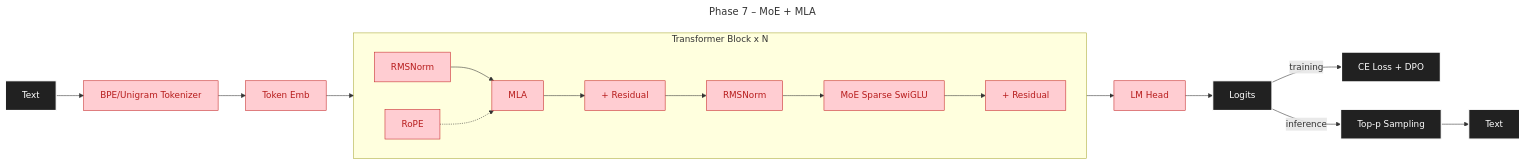
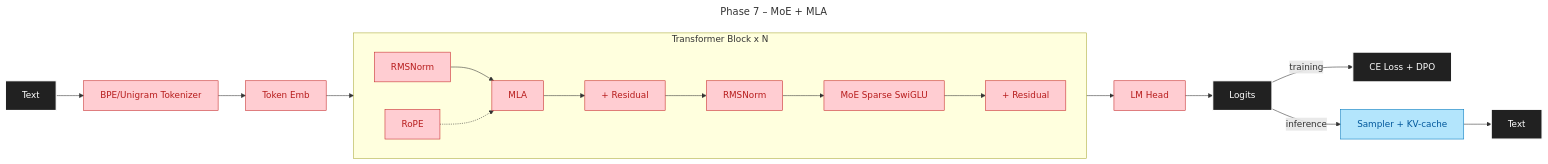
Before and after one commit to maxjbarfuss/max_llm: the fifth of 7 diagrams in docs/DESIGN.md, drawn with Mermaid. The commit also changed other lines of this file and 11 other files, not shown here.

Commit message:
Refactor inference utilities and sampling

````diff
--- a/docs/DESIGN.md
+++ b/docs/DESIGN.md
@@ -89,17 +91,18 @@
 ```mermaid
 ---
 title: Phase 7 – MoE + MLA
 ---
 graph LR
     A[Text]:::io --> B[BPE/Unigram Tokenizer]:::p7 --> C[Token Emb]:::p7 --> Block
     subgraph Block[Transformer Block x N]
         direction LR
         D[RMSNorm]:::p7 --> E[MLA]:::p7 --> F[+ Residual]:::p7 --> G[RMSNorm]:::p7 --> H[MoE Sparse SwiGLU]:::p7 --> I[+ Residual]:::p7
         RoPE:::p7 -.-> E
     end
     Block --> J[LM Head]:::p7 --> K[Logits]:::io
     K -->|training| L[CE Loss + DPO]:::io
-    K -->|inference| M[Top-p Sampling]:::io --> N[Text]:::io
+    K -->|inference| M[Sampler + KV-cache]:::p56 --> N[Text]:::io
     classDef io fill:#212121,stroke:#FFFFFF,color:#FFFFFF,stroke-width:2px
+    classDef p56 fill:#B3E5FC,stroke:#0277BD,color:#01579B
     classDef p7 fill:#FFCDD2,stroke:#C62828,color:#B71C1C
 ```
````
